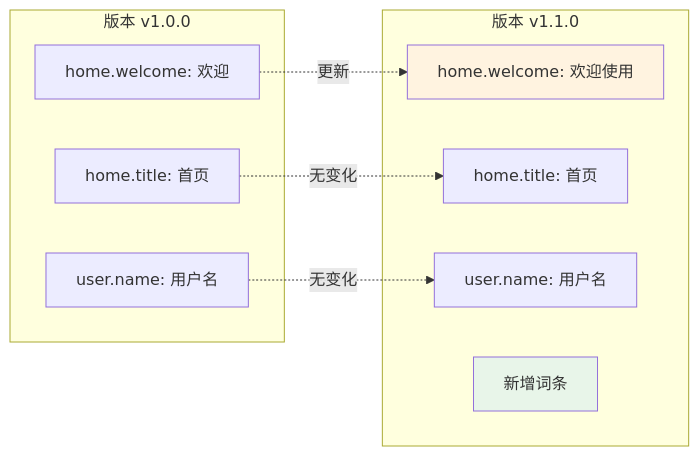
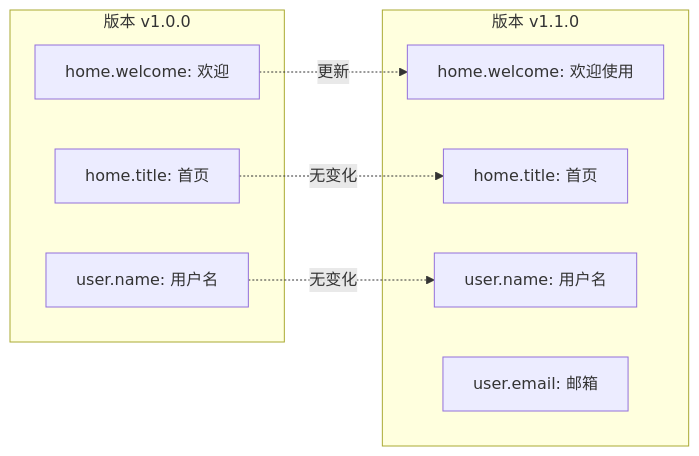
One commit to zhaotoday/translatex changed diagram 11 of 19 in workflows-diagrams.md. Above: the diagram before and after it, drawn with Mermaid. The commit also changed other lines of this file and 5 other files, not shown here.

````diff
--- a/workflows-diagrams.md
+++ b/workflows-diagrams.md
@@ -363,23 +344,19 @@
 ```mermaid
 flowchart LR
-    subgraph "版本 v1.0.0"
+    subgraph v1["版本 v1.0.0"]
         V1E1[home.welcome: 欢迎]
         V1E2[home.title: 首页]
         V1E3[user.name: 用户名]
     end
     
-    subgraph "版本 v1.1.0"
+    subgraph v2["版本 v1.1.0"]
         V2E1[home.welcome: 欢迎使用]
         V2E2[home.title: 首页]
         V2E3[user.name: 用户名]
         V2E4[user.email: 邮箱]
     end
     
     V1E1 -.更新.-> V2E1
     V1E2 -.无变化.-> V2E2
     V1E3 -.无变化.-> V2E3
-    V2E4[新增词条]
-    
-    style V2E1 fill:#FFF3E0
-    style V2E4 fill:#E8F5E9
 ```
````
